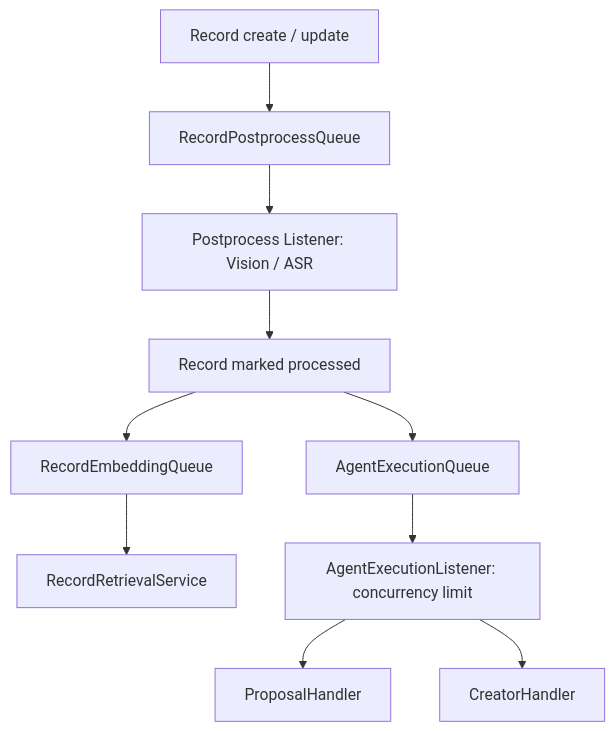
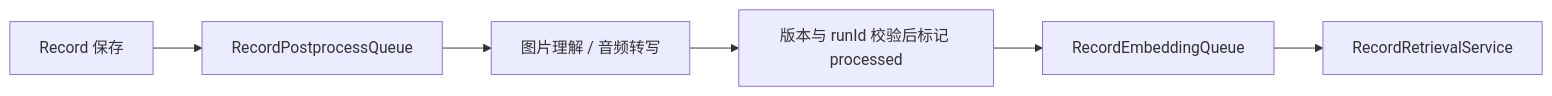
Before and after one commit to huiru-wang/fanto: the diagram in docs/architecture/server.md, drawn with Mermaid. The commit also changed other lines of this file and 146 other files, not shown here.

````diff
--- a/docs/architecture/server.md
+++ b/docs/architecture/server.md
@@ -27,12 +18,8 @@
 ```mermaid
-flowchart TD
-  R[Record create / update] --> Q[RecordPostprocessQueue]
-  Q --> V[Postprocess Listener: Vision / ASR]
-  V --> P[Record marked processed]
-  P --> E[RecordEmbeddingQueue]
-  P --> A[AgentExecutionQueue]
+flowchart LR
+  R[Record 保存] --> Q[RecordPostprocessQueue]
+  Q --> P[图片理解 / 音频转写]
+  P --> C[版本与 runId 校验后标记 processed]
+  C --> E[RecordEmbeddingQueue]
   E --> I[RecordRetrievalService]
-  A --> L[AgentExecutionListener: concurrency limit]
-  L --> PA[ProposalHandler]
-  L --> CR[CreatorHandler]
 ```
````
